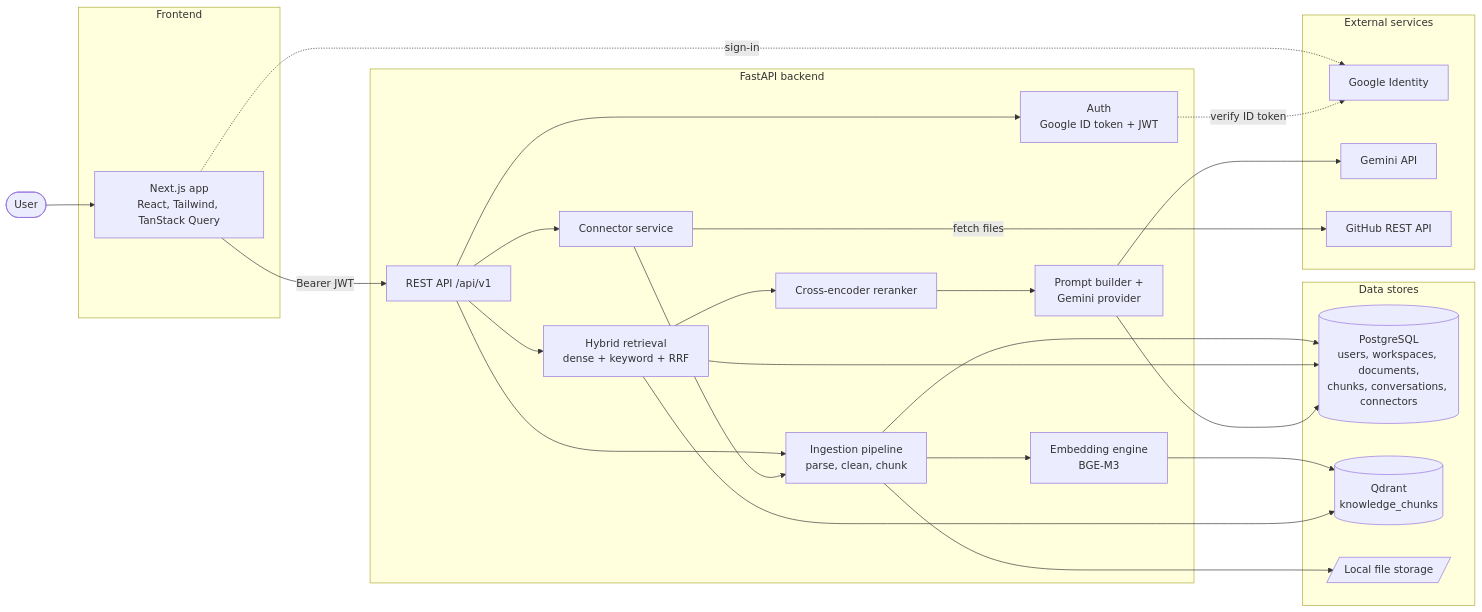
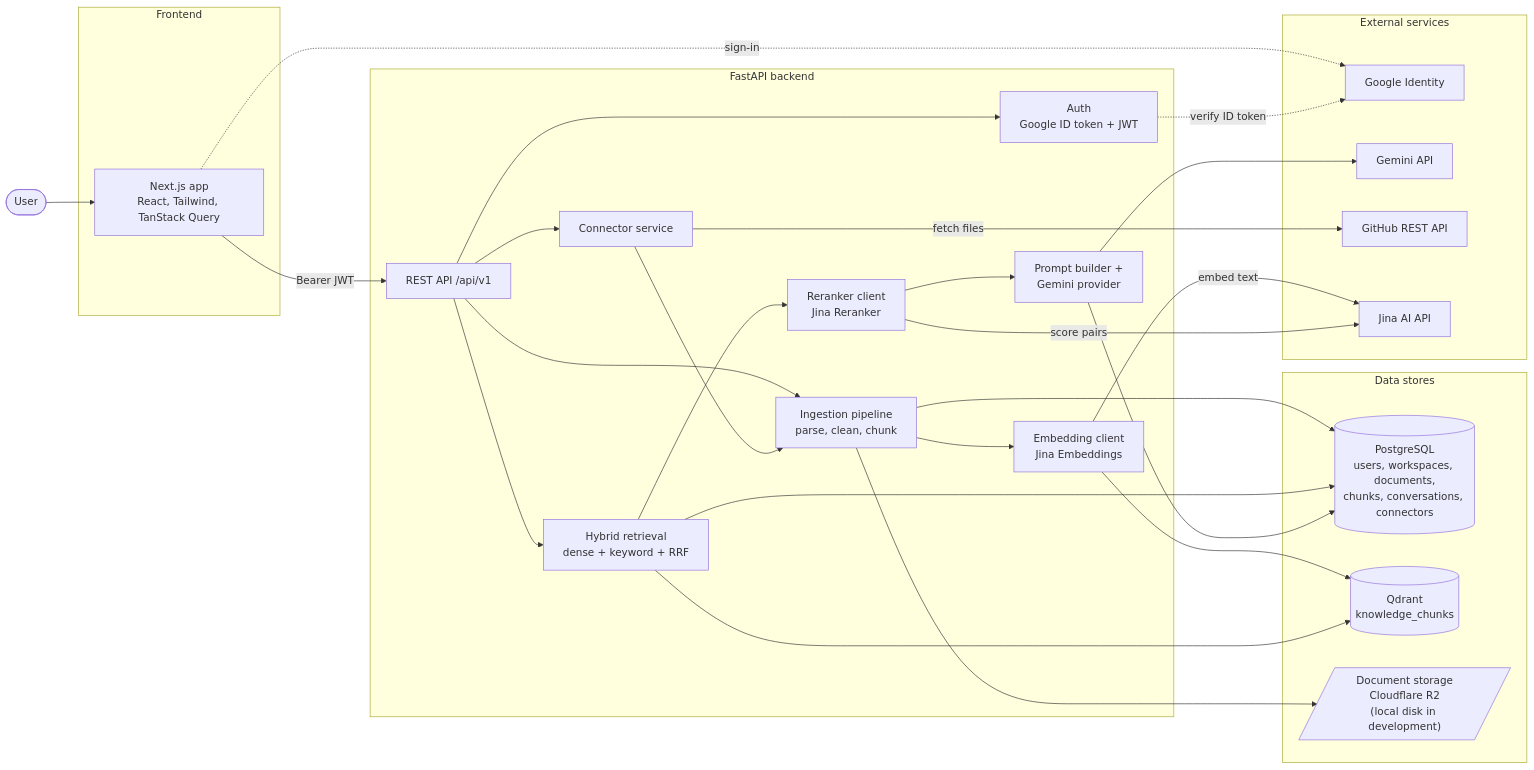
The first of 4 diagrams in README.md (NANDAGOPALNG/Lumora), drawn with Mermaid before and after one commit. The commit also changed other lines of this file, not shown here.

````diff
--- a/README.md
+++ b/README.md
@@ -75,52 +80,55 @@
 ```mermaid
 flowchart LR
     User([User])
 
     subgraph Client["Frontend"]
         FE["Next.js app<br/>React, Tailwind, TanStack Query"]
     end
 
     subgraph Backend["FastAPI backend"]
         API["REST API /api/v1"]
         AUTH["Auth<br/>Google ID token + JWT"]
         ING["Ingestion pipeline<br/>parse, clean, chunk"]
-        EMB["Embedding engine<br/>BGE-M3"]
+        EMB["Embedding client<br/>Jina Embeddings"]
         RET["Hybrid retrieval<br/>dense + keyword + RRF"]
-        RER["Cross-encoder reranker"]
+        RER["Reranker client<br/>Jina Reranker"]
         GEN["Prompt builder +<br/>Gemini provider"]
         CON["Connector service"]
     end
 
     subgraph Data["Data stores"]
         PG[("PostgreSQL<br/>users, workspaces, documents,<br/>chunks, conversations, connectors")]
         QD[("Qdrant<br/>knowledge_chunks")]
-        FS[/"Local file storage"/]
+        FS[/"Document storage<br/>Cloudflare R2<br/>(local disk in development)"/]
     end
 
     subgraph External["External services"]
         GID["Google Identity"]
         GEM["Gemini API"]
         GH["GitHub REST API"]
+        JINA["Jina AI API"]
     end
 
     User --> FE
     FE -->|"Bearer JWT"| API
     FE -.->|"sign-in"| GID
     API --> AUTH
     AUTH -.->|"verify ID token"| GID
     API --> ING
     ING --> FS
     ING --> EMB
     EMB --> QD
+    EMB -->|"embed text"| JINA
     ING --> PG
     API --> RET
     RET --> QD
     RET --> PG
     RET --> RER
+    RER -->|"score pairs"| JINA
     RER --> GEN
     GEN --> GEM
     GEN --> PG
     API --> CON
     CON -->|"fetch files"| GH
     CON --> ING
 ```
````
